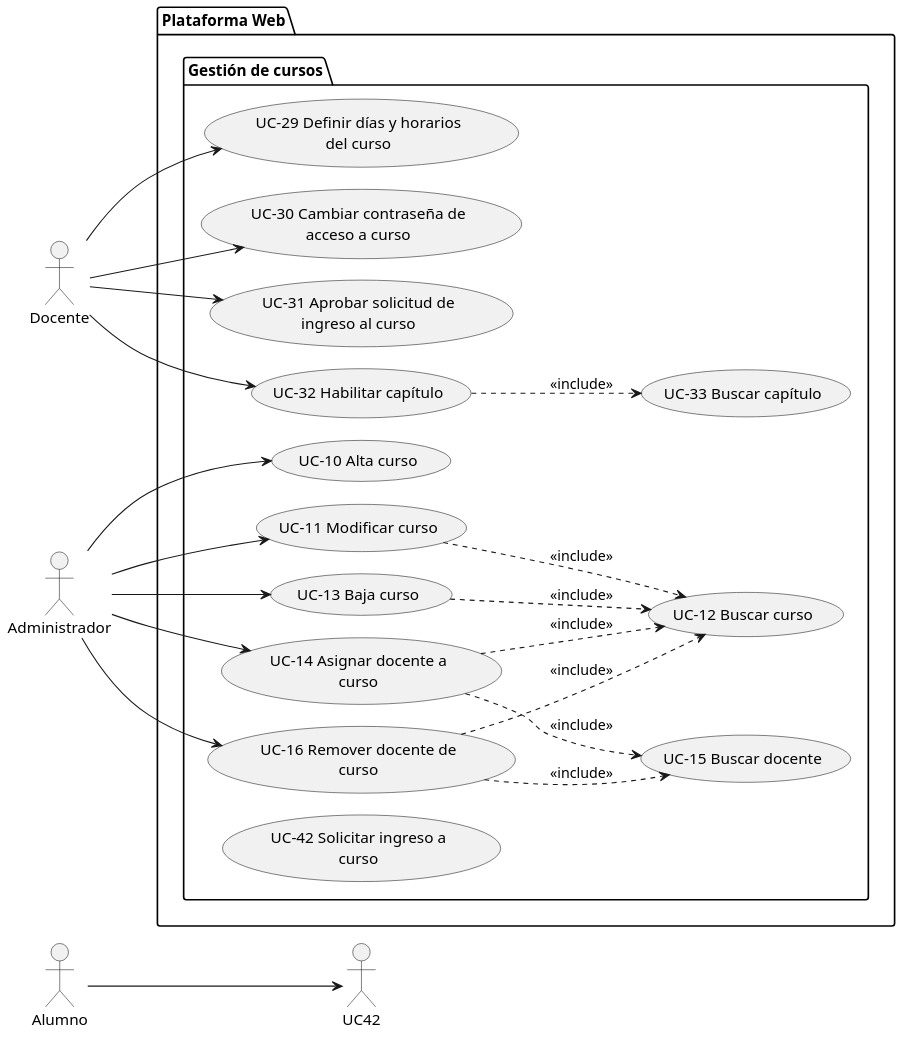
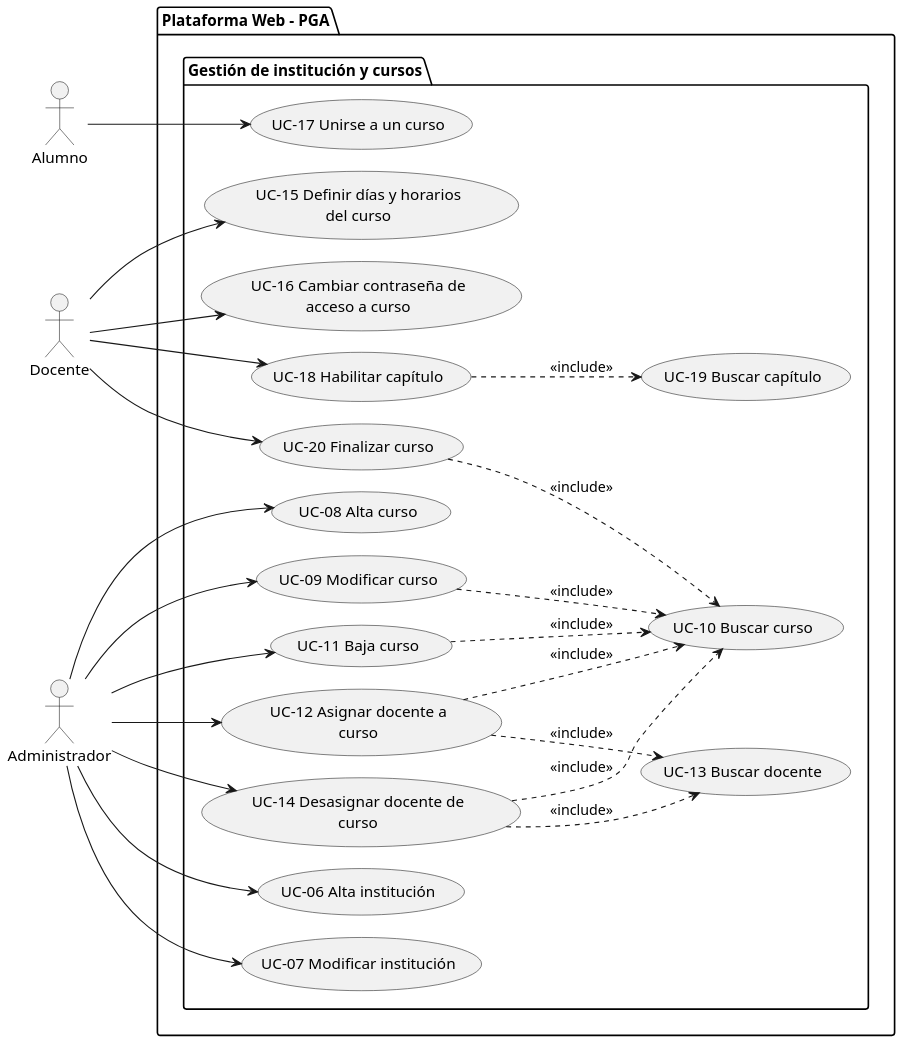
One commit to francoalbornoz2002/ASC-ProyectoAlgoritmia-TrabajoFinal changed the diagram in docs/requisitos/casos-de-uso/diagrama-casos-de-uso/subsistema-gestion-institucion-cursos.puml. Above: the diagram before and after it, drawn with PlantUML. The commit also changed 9 other files, not shown here.

```diff
--- a/docs/requisitos/casos-de-uso/diagrama-casos-de-uso/subsistema-gestion-institucion-cursos.puml
+++ b/docs/requisitos/casos-de-uso/diagrama-casos-de-uso/subsistema-gestion-institucion-cursos.puml
@@ -1,57 +1,62 @@
 @startuml SUBSISTEMA_GestionInstitucionCursos
 left to right direction
 
 skinparam dpi 150
 skinparam usecasePadding 25
 skinparam actorPadding 80
 skinparam packagePadding 50
 skinparam wrapWidth 200
 
 skinparam nodesep 20
 skinparam ranksep 50
 
 actor Alumno
 actor Docente
 actor Administrador
 
-package "Plataforma Web"{
-    package "Gestión de cursos"{
-        usecase "UC-10 Alta curso" as UC10
-        usecase "UC-11 Modificar curso" as UC11
-        usecase "UC-12 Buscar curso" as UC12
-        usecase "UC-13 Baja curso" as UC13
-        usecase "UC-14 Asignar docente a curso" as UC14
-        usecase "UC-15 Buscar docente" as UC15
-        usecase "UC-16 Remover docente de curso" as UC16
-        usecase "UC-29 Definir días y horarios del curso" as UC29
-        usecase "UC-30 Cambiar contraseña de acceso a curso" as UC30
-        usecase "UC-31 Aprobar solicitud de ingreso al curso" as UC31
-        usecase "UC-32 Habilitar capítulo" as UC32
-        usecase "UC-33 Buscar capítulo" as UC33
-        usecase "UC-42 Solicitar ingreso a curso" as UC43
+package "Plataforma Web - PGA"{
+    package "Gestión de institución y cursos" {
+        usecase "UC-06 Alta institución" as UC06
+        usecase "UC-07 Modificar institución" as UC07
+        usecase "UC-08 Alta curso" as UC08
+        usecase "UC-09 Modificar curso" as UC09
+        usecase "UC-10 Buscar curso" as UC10
+        usecase "UC-11 Baja curso" as UC11
+        usecase "UC-12 Asignar docente a curso" as UC12
+        usecase "UC-13 Buscar docente" as UC13
+        usecase "UC-14 Desasignar docente de curso" as UC14
+        usecase "UC-15 Definir días y horarios del curso" as UC15
+        usecase "UC-16 Cambiar contraseña de acceso a curso" as UC16
+        usecase "UC-17 Unirse a un curso" as UC17
+        usecase "UC-18 Habilitar capítulo" as UC18
+        usecase "UC-19 Buscar capítulo" as UC19
+        usecase "UC-20 Finalizar curso" as UC20
     }
 }
 
-Administrador --> UC10
+Administrador --> UC06
+Administrador --> UC07
+
+Administrador --> UC08
+Administrador --> UC09
 Administrador --> UC11
-Administrador --> UC13
+UC09 ..> UC10 : <<include>>
+UC11 ..> UC10 : <<include>>
 
-UC11 ..> UC12 : <<include>>
-UC13 ..> UC12 : <<include>>
+Administrador --> UC12
+UC12 ..> UC10 : <<include>>
+UC12 ..> UC13 : <<include>>
+Administrador --> UC14
+UC14 ..> UC10 : <<include>>
+UC14 ..> UC13 : <<include>>
 
-Administrador --> UC14
-Administrador --> UC16
-UC14 ..> UC15 : <<include>>
-UC14 ..> UC12 : <<include>>
-UC16 ..> UC15 : <<include>>
-UC16 ..> UC12 : <<include>>
+Docente --> UC15
+Docente --> UC16
 
-Docente --> UC29
-Docente --> UC30
-Docente --> UC31
-Docente --> UC32
-UC32 ..> UC33 : <<include>>
-
-Alumno --> UC42
+Alumno --> UC17
+Docente --> UC18
+UC18 ..> UC19 : <<include>>
+Docente --> UC20
+UC20 ..> UC10 : <<include>>
 
 @enduml
```
